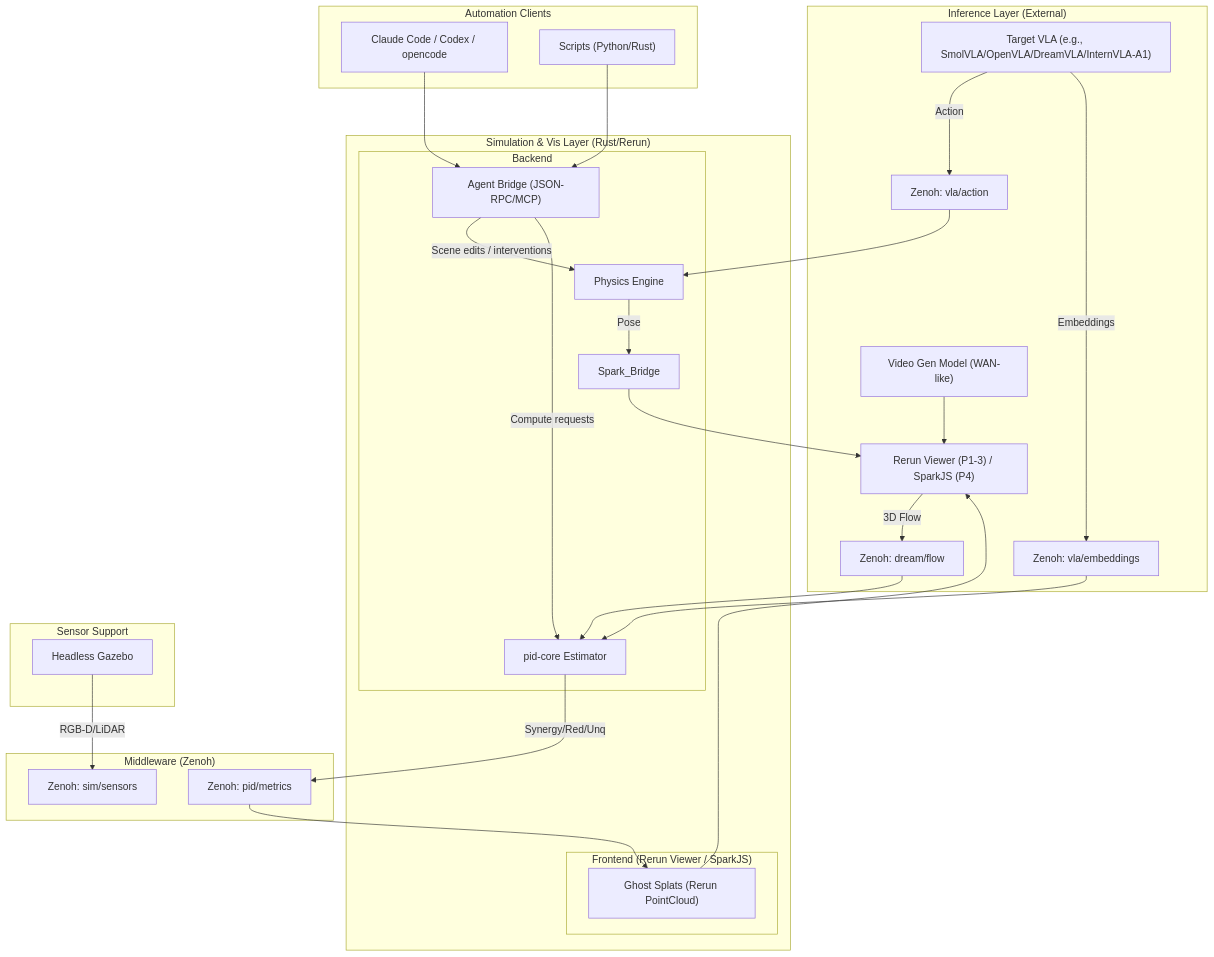
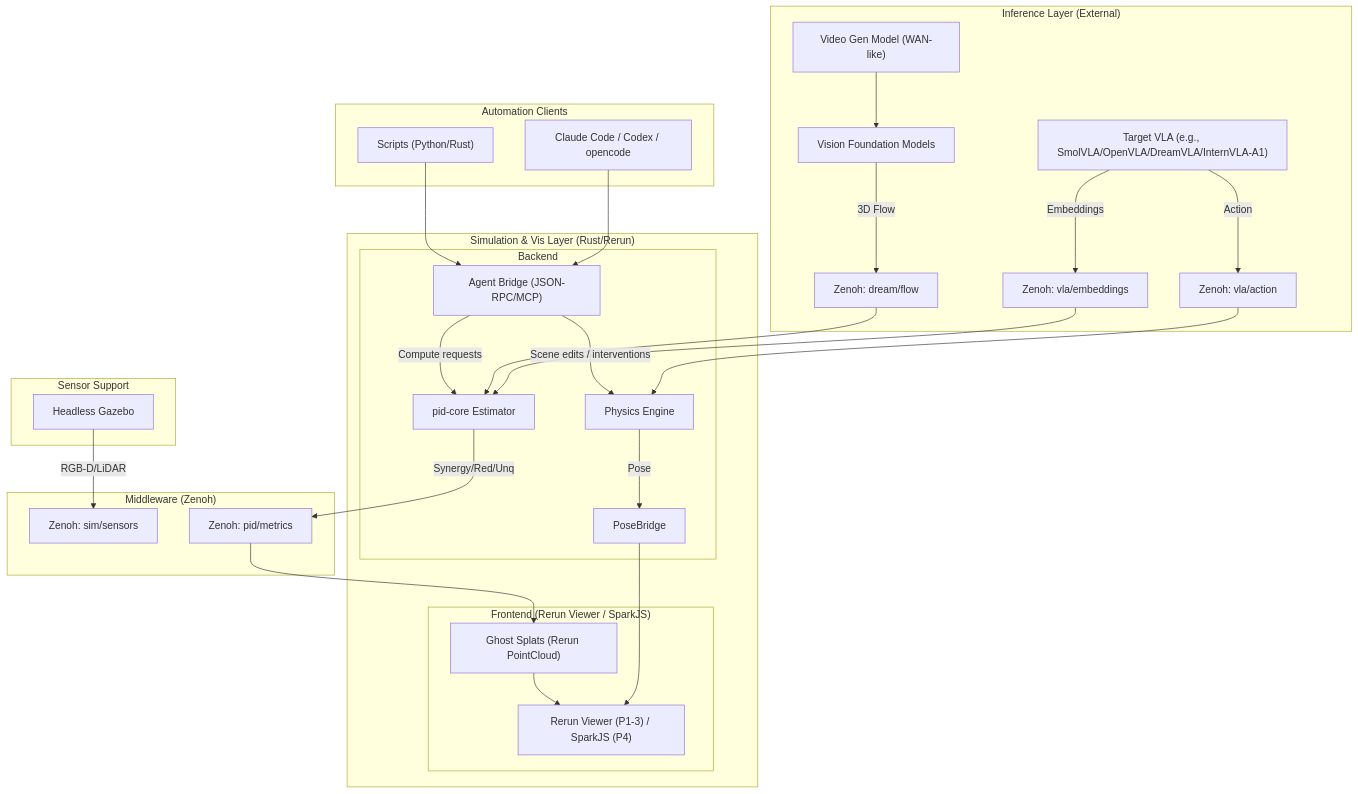
One commit to sepahead/prisoma changed the fourth of 18 diagrams in DIAGRAMS.md. Above: the diagram before and after it, drawn with Mermaid. The commit also changed other lines of this file and 16 other files, not shown here.

````diff
--- a/DIAGRAMS.md
+++ b/DIAGRAMS.md
@@ -128,60 +128,60 @@
 ```mermaid
 graph TD
     subgraph "Automation Clients"
         Claude[Claude Code / Codex / opencode]
         Scripts["Scripts (Python/Rust)"]
     end
 
     subgraph "Inference Layer (External)"
         VLA["Target VLA (e.g., SmolVLA/OpenVLA/DreamVLA/InternVLA‑A1)"]
         WAN["Video Gen Model (WAN-like)"]
-        Vis[Vision Foundation Models]
+        VFM[Vision Foundation Models]
         
         VLA -->|Action| Z_ACT[Zenoh: vla/action]
         VLA -->|Embeddings| Z_EMB[Zenoh: vla/embeddings]
-        WAN --> Vis
-        Vis -->|3D Flow| Z_FLOW[Zenoh: dream/flow]
+        WAN --> VFM
+        VFM -->|3D Flow| Z_FLOW[Zenoh: dream/flow]
     end
 
     subgraph "Middleware (Zenoh)"
         Z_ACT
         Z_EMB
         Z_FLOW
         Z_SENS[Zenoh: sim/sensors]
         Z_PID[Zenoh: pid/metrics]
     end
 
     subgraph "Simulation & Vis Layer (Rust/Rerun)"
         subgraph "Backend"
             Phys[Physics Engine]
             PID_Core[pid-core Estimator]
             Agent["Agent Bridge (JSON-RPC/MCP)"]
             
             Z_ACT --> Phys
-            Phys -->|Pose| Spark_Bridge
+            Phys -->|Pose| PoseBridge
             
             Z_EMB --> PID_Core
             Z_FLOW --> PID_Core
             PID_Core -->|Synergy/Red/Unq| Z_PID
 
             Claude --> Agent
             Scripts --> Agent
             Agent -->|Scene edits / interventions| Phys
             Agent -->|Compute requests| PID_Core
         end
         
         subgraph "Frontend (Rerun Viewer / SparkJS)"
             Vis["Rerun Viewer (P1-3) / SparkJS (P4)"]
             Ghost["Ghost Splats (Rerun PointCloud)"]
             
-            Spark_Bridge --> Vis
+            PoseBridge --> Vis
             Z_PID --> Ghost
             Ghost --> Vis
         end
     end
 
     subgraph "Sensor Support"
         Gazebo[Headless Gazebo]
         Gazebo -->|RGB-D/LiDAR| Z_SENS
     end
 ```
````
